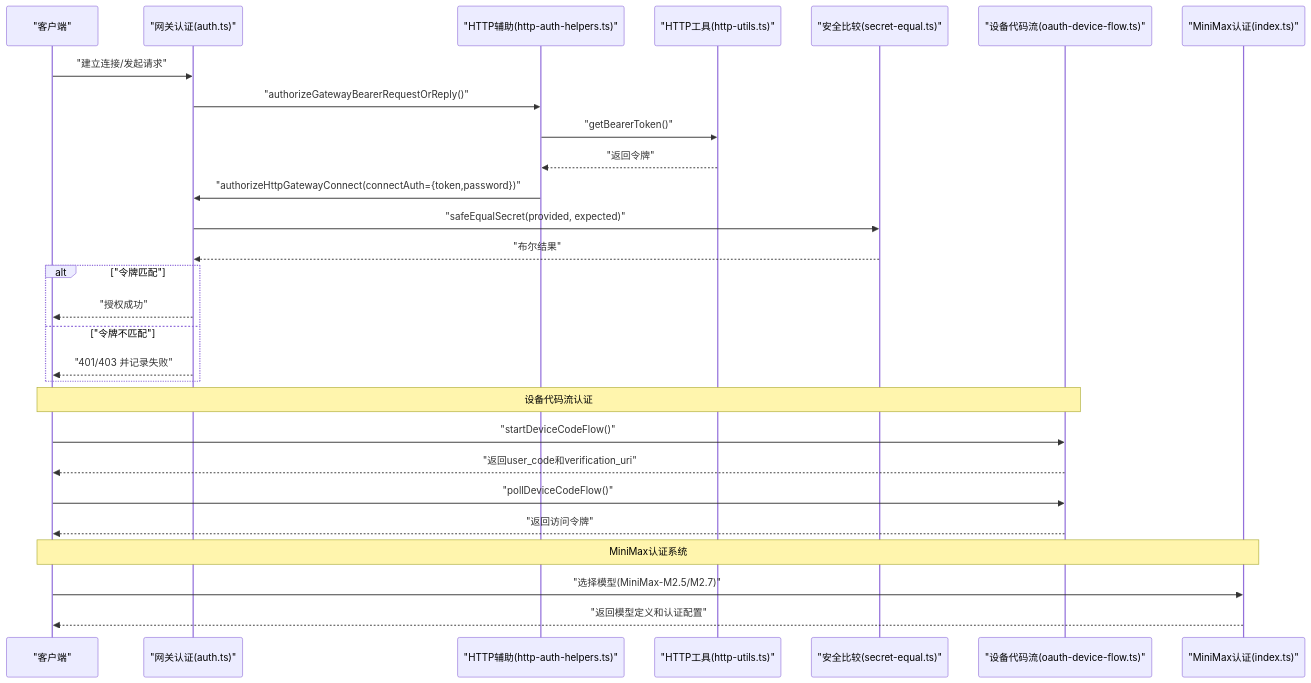
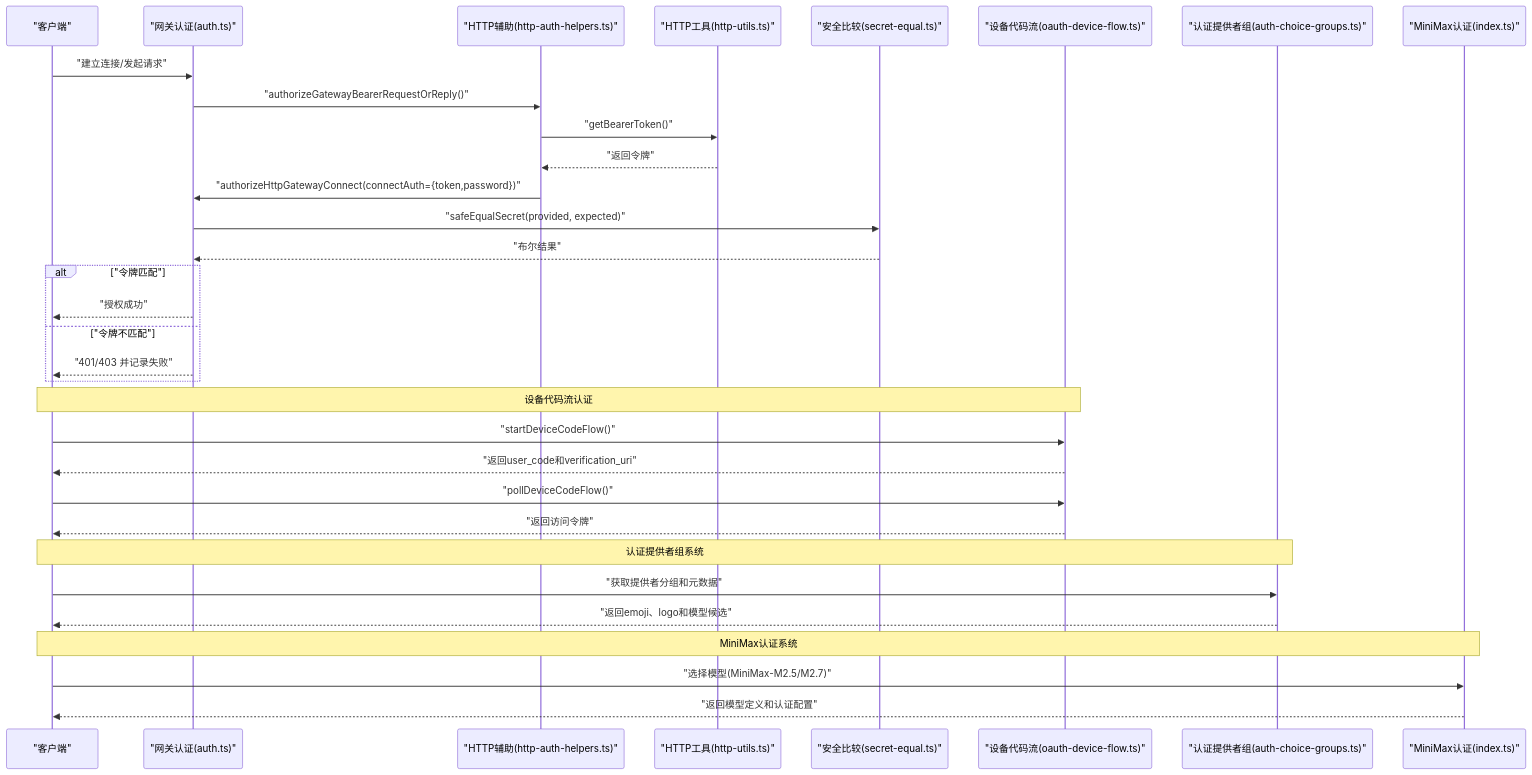
One commit to verse-ai-org/openclaw changed the second of 15 diagrams in .qoder/repowiki/zh/content/安全与配置/认证系统/认证系统.md. Above: the diagram before and after it, drawn with Mermaid. The commit also changed other lines of this file and 11 other files, not shown here.

````diff
--- a/.qoder/repowiki/zh/content/安全与配置/认证系统/认证系统.md
+++ b/.qoder/repowiki/zh/content/安全与配置/认证系统/认证系统.md
@@ -171,30 +194,34 @@
 ```mermaid
 sequenceDiagram
 participant C as "客户端"
 participant GW as "网关认证(auth.ts)"
 participant HL as "HTTP辅助(http-auth-helpers.ts)"
 participant UT as "HTTP工具(http-utils.ts)"
 participant SEC as "安全比较(secret-equal.ts)"
 participant ODF as "设备代码流(oauth-device-flow.ts)"
+participant ACG as "认证提供者组(auth-choice-groups.ts)"
 participant MMA as "MiniMax认证(index.ts)"
 C->>GW : "建立连接/发起请求"
 GW->>HL : "authorizeGatewayBearerRequestOrReply()"
 HL->>UT : "getBearerToken()"
 UT-->>HL : "返回令牌"
 HL->>GW : "authorizeHttpGatewayConnect(connectAuth={token,password})"
 GW->>SEC : "safeEqualSecret(provided, expected)"
 SEC-->>GW : "布尔结果"
 alt "令牌匹配"
 GW-->>C : "授权成功"
 else "令牌不匹配"
 GW-->>C : "401/403 并记录失败"
 end
 Note over ODF,C : 设备代码流认证
 C->>ODF : "startDeviceCodeFlow()"
 ODF-->>C : "返回user_code和verification_uri"
 C->>ODF : "pollDeviceCodeFlow()"
 ODF-->>C : "返回访问令牌"
+Note over ACG,C : 认证提供者组系统
+C->>ACG : "获取提供者分组和元数据"
+ACG-->>C : "返回emoji、logo和模型候选"
 Note over MMA,C : MiniMax认证系统
 C->>MMA : "选择模型(MiniMax-M2.5/M2.7)"
 MMA-->>C : "返回模型定义和认证配置"
 ```
````
